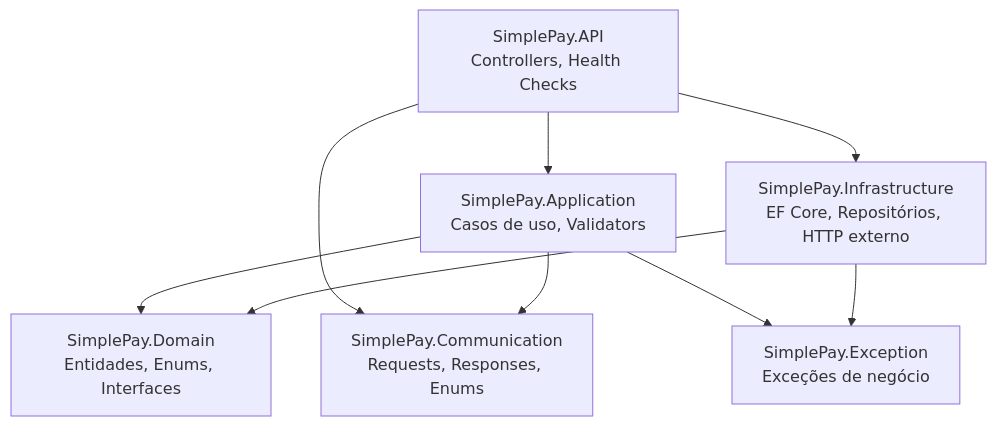
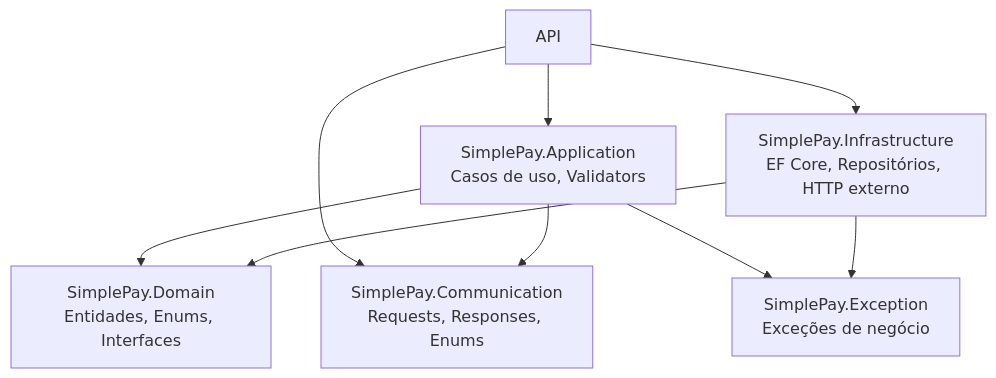
The first of 2 diagrams in README.md (GuilhAndrad/SimplePay), drawn with Mermaid before and after one commit. The commit also changed other lines of this file, not shown here.

Commit message:
docs: detalha arquitetura, mapeamento de dados e regras do SimplePay no README
- Explica o papel de cada um dos 6 projetos isolados sob as diretrizes de Clean Architecture.
- Insere diagramas Mermaid mapeando o fluxo de dependências das camadas e o MER do banco de dados.
- Documenta as regras de negócio críticas, contratos de endpoints e decisões técnicas (concorrência otimista via token de versão, transações atômicas e autorizador externo fail-closed).
- Adiciona o guia de execução do ecossistema via Docker Compose e ambiente de desenvolvimento local.

````diff
--- a/README.md
+++ b/README.md
@@ -42,18 +41,17 @@
 ```mermaid
 graph TD
-    API[SimplePay.API<br/>Controllers, Health Checks]
     APP[SimplePay.Application<br/>Casos de uso, Validators]
     DOM[SimplePay.Domain<br/>Entidades, Enums, Interfaces]
     INFRA[SimplePay.Infrastructure<br/>EF Core, Repositórios, HTTP externo]
     COMM[SimplePay.Communication<br/>Requests, Responses, Enums]
     EXC[SimplePay.Exception<br/>Exceções de negócio]
 
     API --> APP
     API --> INFRA
     API --> COMM
     APP --> DOM
     APP --> COMM
     APP --> EXC
     INFRA --> DOM
     INFRA --> EXC
 ```
````
